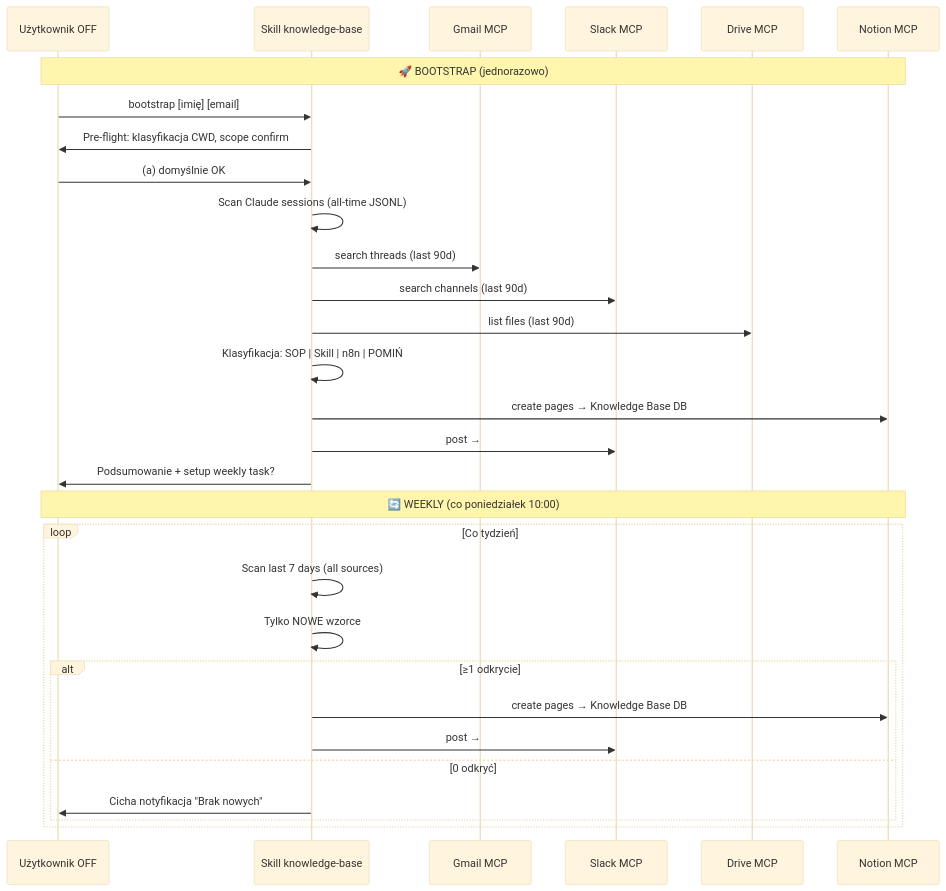
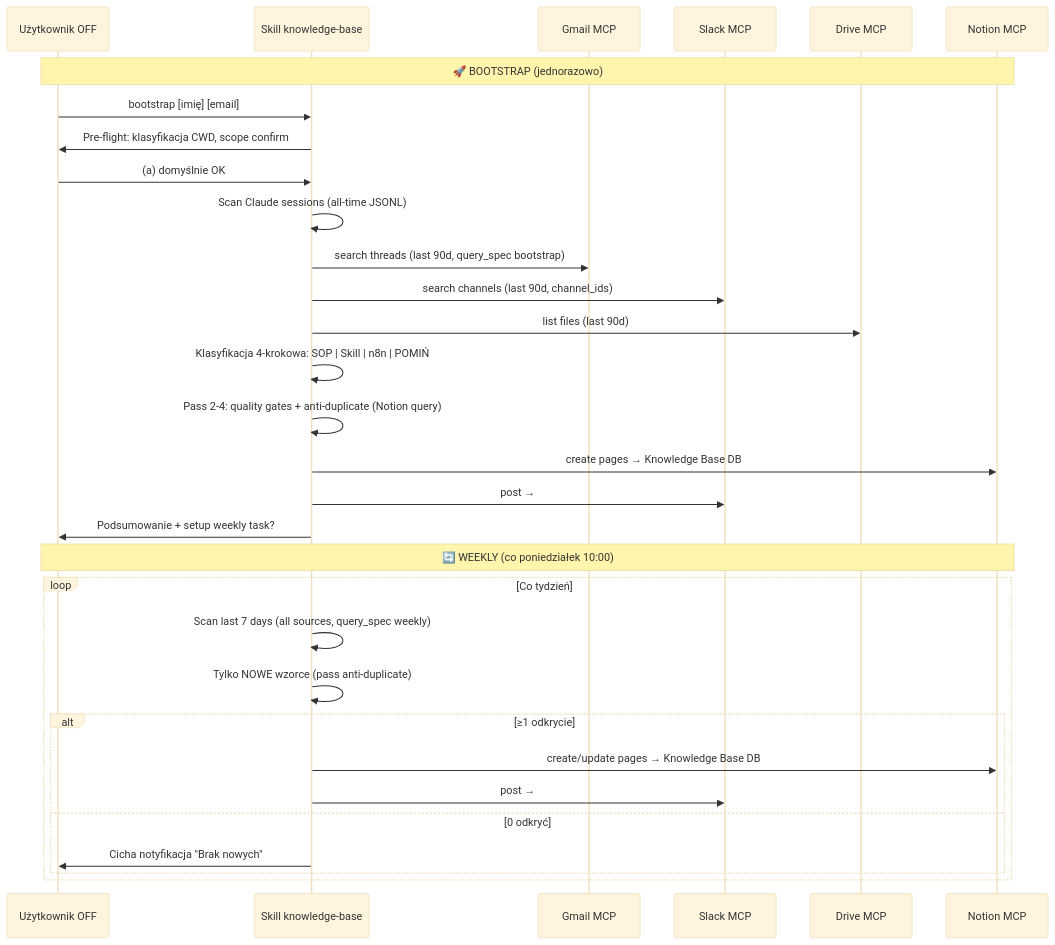
The third of 5 diagrams in FLOW.md (msm-glitch/knowledge-base), drawn with Mermaid (base theme) before and after one commit. The commit also changed other lines of this file, not shown here.

First line of the commit message:
Update FLOW.md per v2.1: hierarchia SOP root diagram, 4-step decision tree, rozszerzony ER z Owner/Parent_SOP/Credentials/Test_plan

````diff
--- a/FLOW.md
+++ b/FLOW.md
@@ -51,36 +78,37 @@
 ```mermaid
 sequenceDiagram
     participant U as Użytkownik OFF
     participant S as Skill knowledge-base
     participant G as Gmail MCP
     participant SL as Slack MCP
     participant D as Drive MCP
     participant N as Notion MCP
 
     Note over U,N: 🚀 BOOTSTRAP (jednorazowo)
 
     U->>S: bootstrap [imię] [email]
     S->>U: Pre-flight: klasyfikacja CWD, scope confirm
     U->>S: (a) domyślnie OK
     S->>S: Scan Claude sessions (all-time JSONL)
-    S->>G: search threads (last 90d)
-    S->>SL: search channels (last 90d)
+    S->>G: search threads (last 90d, query_spec bootstrap)
+    S->>SL: search channels (last 90d, channel_ids)
     S->>D: list files (last 90d)
-    S->>S: Klasyfikacja: SOP | Skill | n8n | POMIŃ
+    S->>S: Klasyfikacja 4-krokowa: SOP | Skill | n8n | POMIŃ
+    S->>S: Pass 2-4: quality gates + anti-duplicate (Notion query)
     S->>N: create pages → Knowledge Base DB
     S->>SL: post → #ai-feedback
     S->>U: Podsumowanie + setup weekly task?
 
     Note over U,N: 🔄 WEEKLY (co poniedziałek 10:00)
 
     loop Co tydzień
-        S->>S: Scan last 7 days (all sources)
-        S->>S: Tylko NOWE wzorce
+        S->>S: Scan last 7 days (all sources, query_spec weekly)
+        S->>S: Tylko NOWE wzorce (pass anti-duplicate)
         alt ≥1 odkrycie
-            S->>N: create pages → Knowledge Base DB
+            S->>N: create/update pages → Knowledge Base DB
             S->>SL: post → #ai-feedback (jeśli High priority)
         else 0 odkryć
             S->>U: Cicha notyfikacja "Brak nowych"
         end
     end
 ```
````
